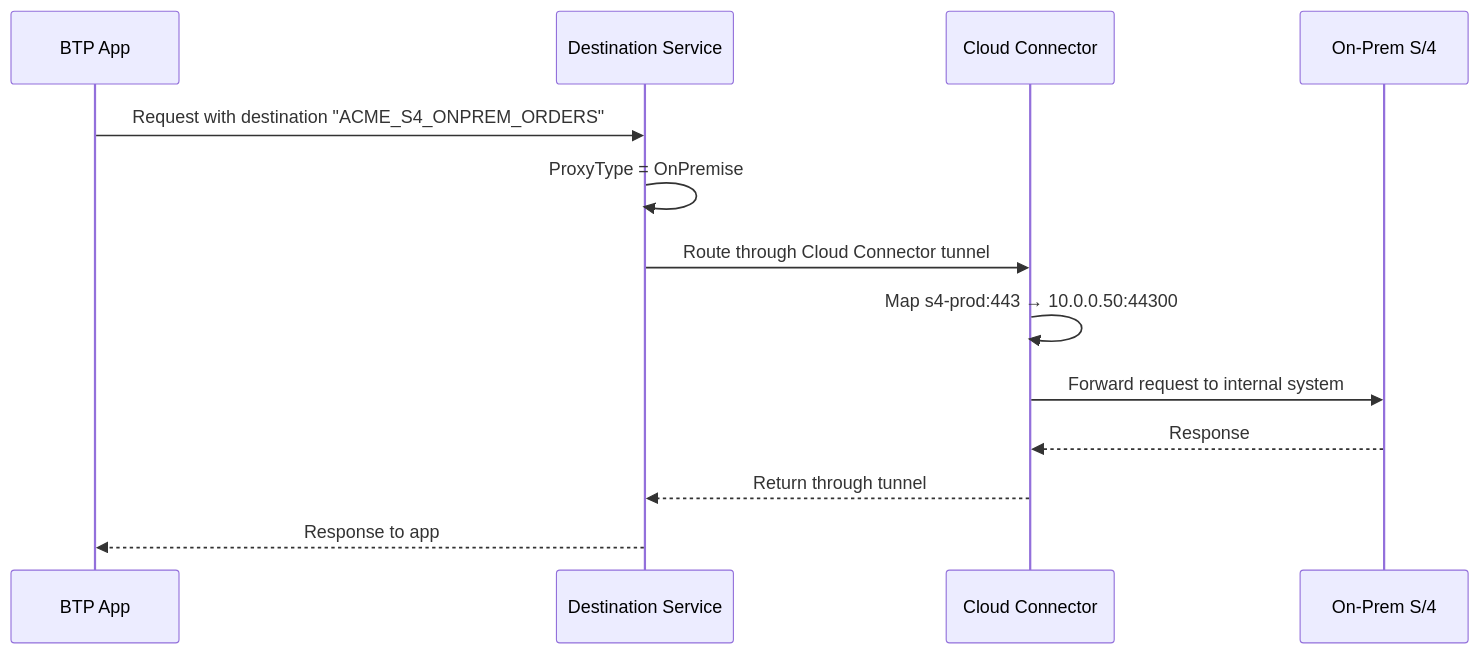
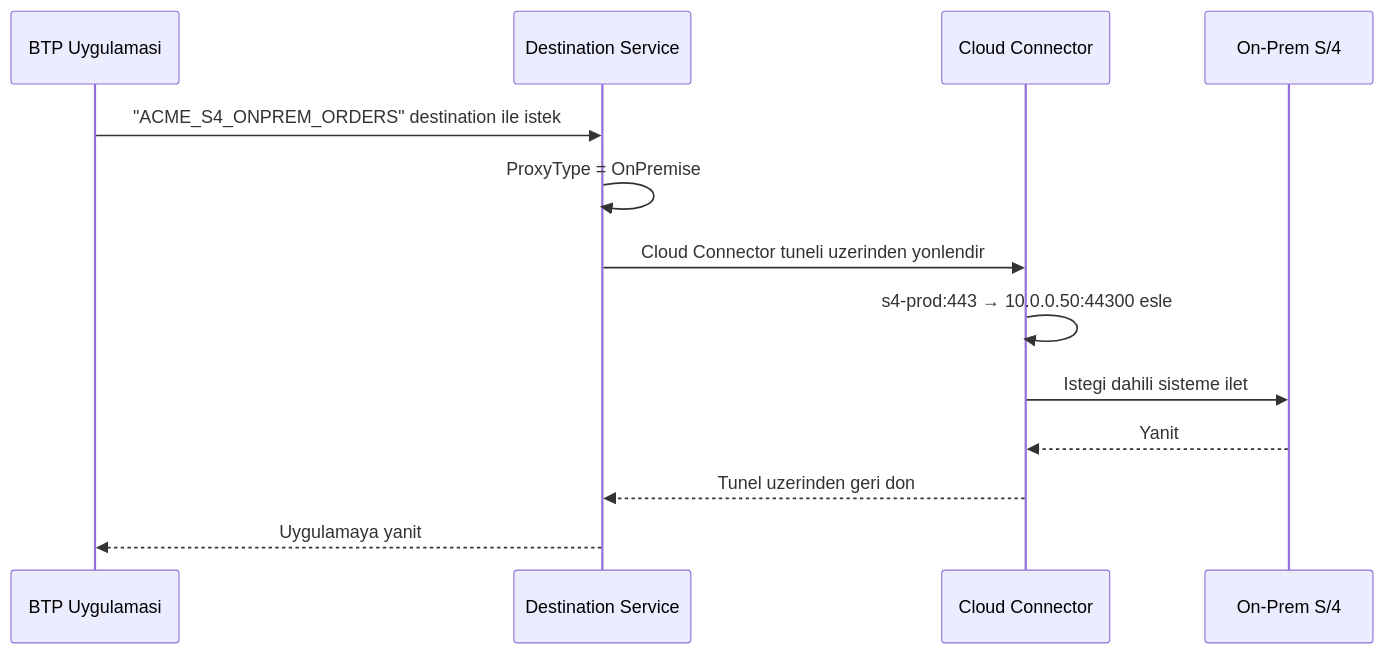
The fifth of 8 diagrams in Technical Tutorials/BTP/TR/chapters/16-cloud-connector.md (beyhanmeyrali/sap-all), drawn with Mermaid before and after one commit. The commit also changed other lines of this file and 11 other files, not shown here.

````diff
--- a/Technical Tutorials/BTP/TR/chapters/16-cloud-connector.md
+++ b/Technical Tutorials/BTP/TR/chapters/16-cloud-connector.md
@@ -245,16 +245,16 @@
 ```mermaid
 sequenceDiagram
-    participant APP as BTP App
+    participant APP as BTP Uygulamasi
     participant DEST as Destination Service
     participant CC as Cloud Connector
     participant S4 as On-Prem S/4
 
-    APP->>DEST: Request with destination "ACME_S4_ONPREM_ORDERS"
+    APP->>DEST: "ACME_S4_ONPREM_ORDERS" destination ile istek
     DEST->>DEST: ProxyType = OnPremise
-    DEST->>CC: Route through Cloud Connector tunnel
-    CC->>CC: Map s4-prod:443 → 10.0.0.50:44300
-    CC->>S4: Forward request to internal system
-    S4-->>CC: Response
-    CC-->>DEST: Return through tunnel
-    DEST-->>APP: Response to app
+    DEST->>CC: Cloud Connector tuneli uzerinden yonlendir
+    CC->>CC: s4-prod:443 → 10.0.0.50:44300 esle
+    CC->>S4: Istegi dahili sisteme ilet
+    S4-->>CC: Yanit
+    CC-->>DEST: Tunel uzerinden geri don
+    DEST-->>APP: Uygulamaya yanit
 ```
````
